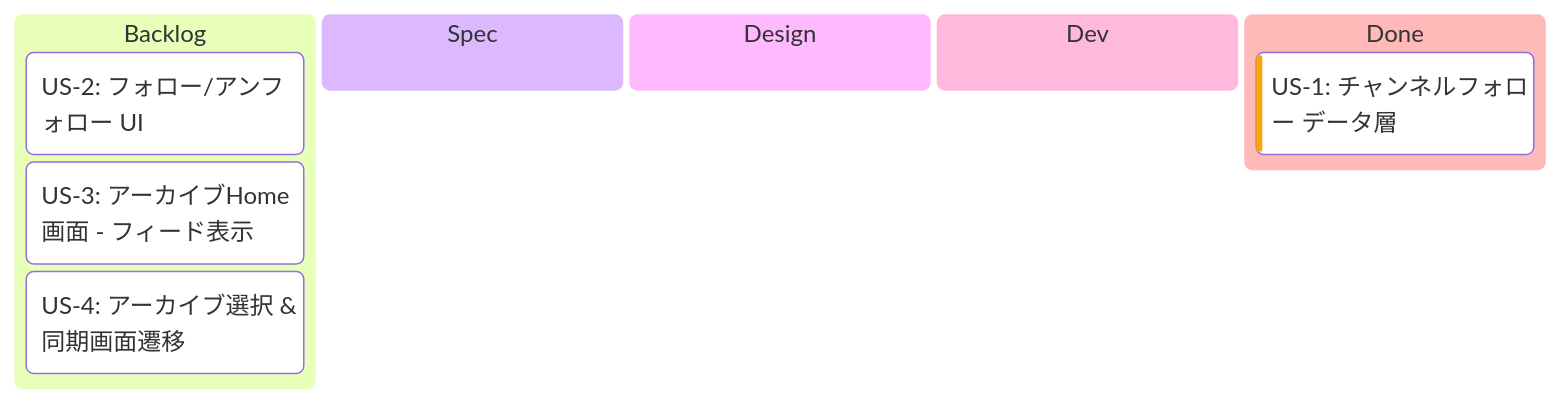
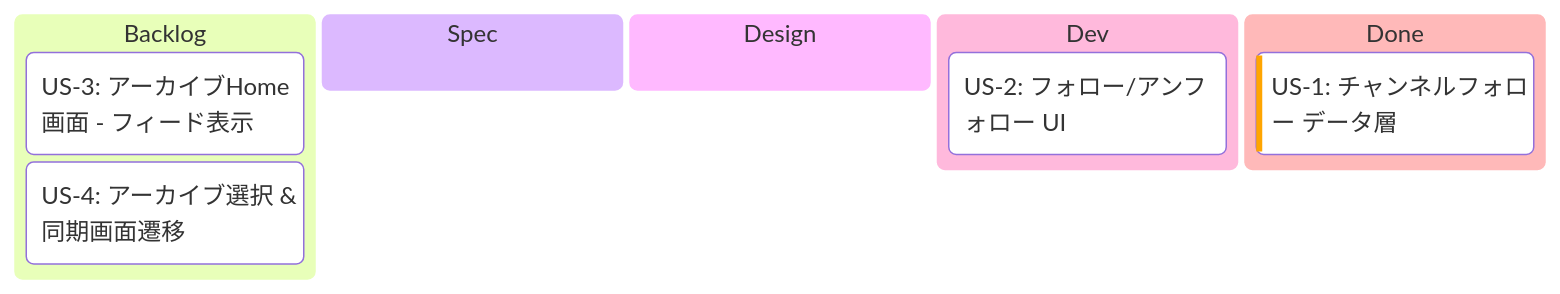
One commit to saki0000/collab-stream changed the first of 2 diagrams in implement-context/channel-follow-home/EPIC.md. Above: the diagram before and after it, drawn with Mermaid. The commit also changed other lines of this file and 12 other files, not shown here.

````diff
--- a/implement-context/channel-follow-home/EPIC.md
+++ b/implement-context/channel-follow-home/EPIC.md
@@ -26,17 +26,17 @@
 ```mermaid
 ---
 config:
   kanban:
     ticketBaseUrl: ''
 ---
 kanban
   backlog[Backlog]
-    us2[US-2: フォロー/アンフォロー UI]
     us3[US-3: アーカイブHome画面 - フィード表示]
     us4[US-4: アーカイブ選択 & 同期画面遷移]
   spec[Spec]
   design[Design]
   dev[Dev]
+    us2[US-2: フォロー/アンフォロー UI]
   done[Done]
     us1[US-1: チャンネルフォロー データ層]@{ priority: 'High' }
 ```
````
